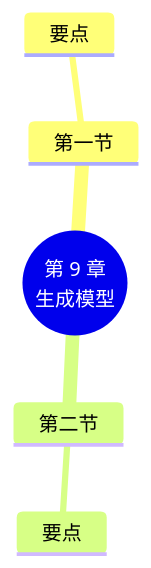
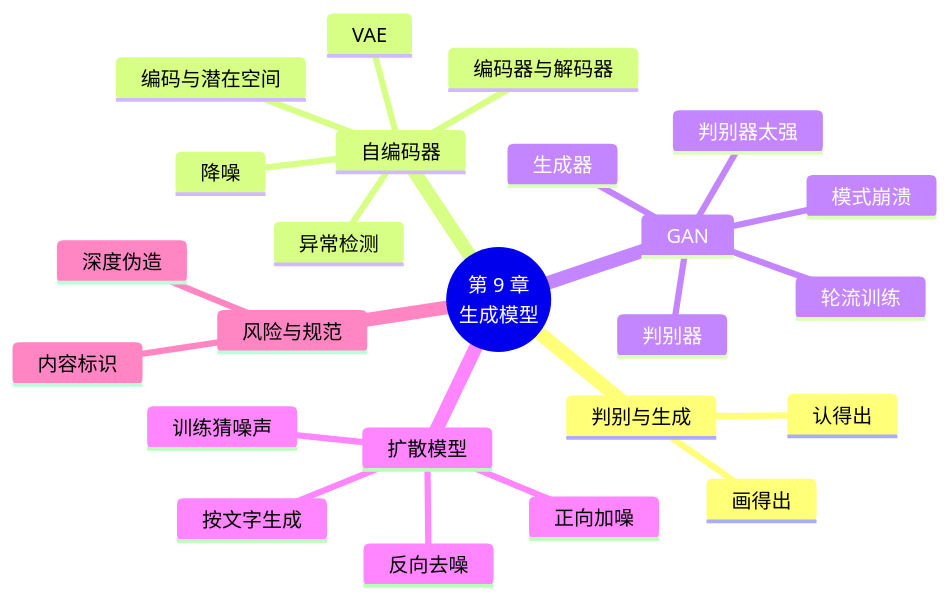
Before and after one commit to MingziFu9/dl-textbook: the second of 2 diagrams in docs/chapters/09-generative/index.md, drawn with Mermaid. The commit also changed other lines of this file and 7 other files, not shown here.

````diff
--- a/docs/chapters/09-generative/index.md
+++ b/docs/chapters/09-generative/index.md
@@ -188,8 +451,27 @@
 ```mermaid
 mindmap
   root((第 9 章<br/>生成模型))
-    第一节
-      要点
-    第二节
-      要点
+    判别与生成
+      认得出
+      画得出
+    自编码器
+      编码器与解码器
+      编码与潜在空间
+      降噪
+      异常检测
+      VAE
+    GAN
+      生成器
+      判别器
+      轮流训练
+      判别器太强
+      模式崩溃
+    扩散模型
+      正向加噪
+      训练猜噪声
+      反向去噪
+      按文字生成
+    风险与规范
+      深度伪造
+      内容标识
 ```
````
